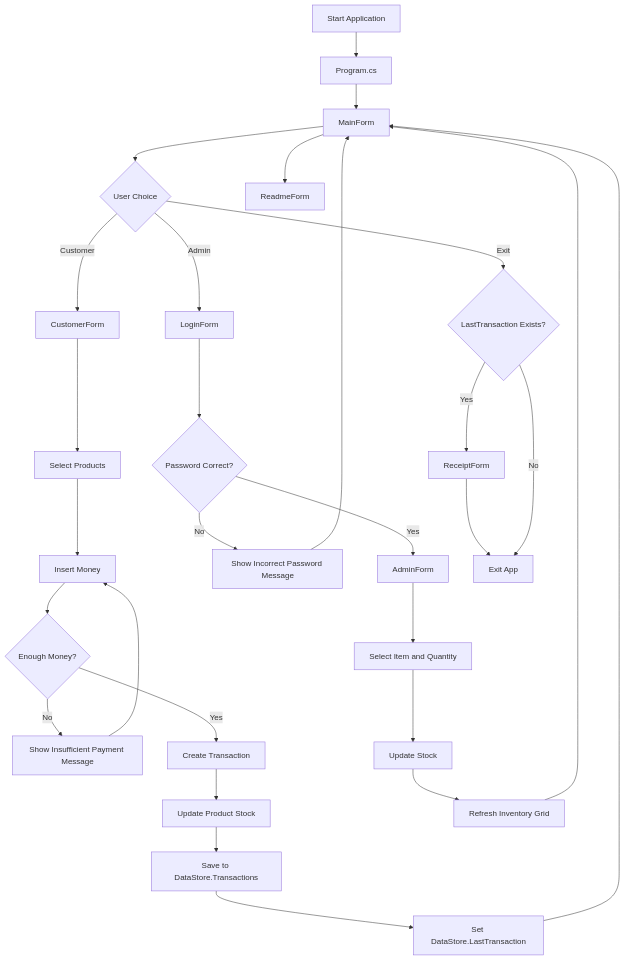
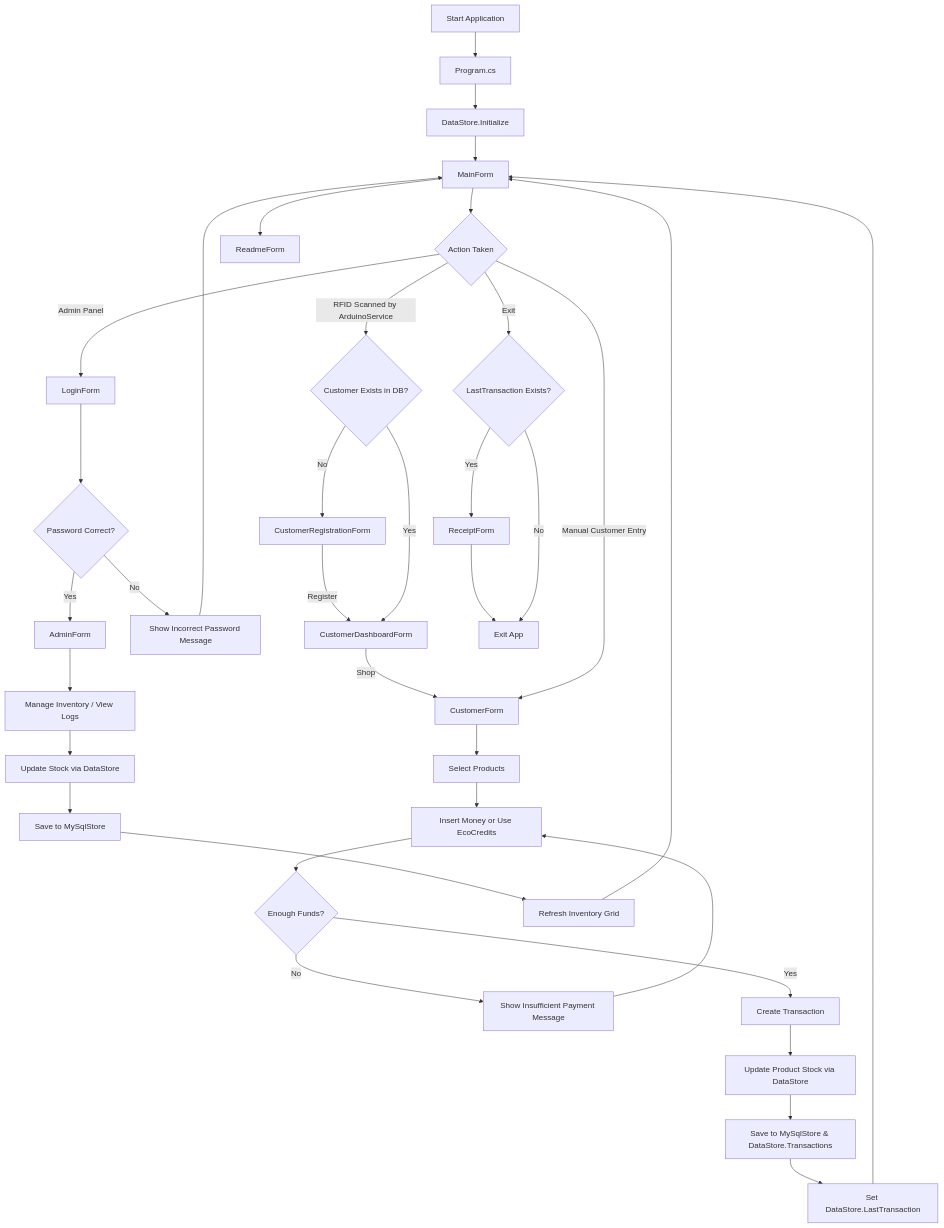
The diagram in doc/diagrams/flowchart.md (SeanixReal/EcoMatic-WinForms), drawn with Mermaid before and after one commit. The commit also changed 8 other files, not shown here.

Commit message:
Add admin item update CRUD and lock slot IDs to 1-12

````diff
--- a/doc/diagrams/flowchart.md
+++ b/doc/diagrams/flowchart.md
@@ -3,36 +3,45 @@
 ```mermaid
 flowchart TD
     A[Start Application] --> B[Program.cs]
-    B --> C[MainForm]
+    B --> C[DataStore.Initialize]
+    C --> D[MainForm]
 
-    C --> D{User Choice}
+    D --> E{Action Taken}
 
-    D -->|Customer| E[CustomerForm]
-    E --> E1[Select Products]
-    E1 --> E2[Insert Money]
-    E2 --> E3{Enough Money?}
-    E3 -->|No| E4[Show Insufficient Payment Message]
-    E4 --> E2
-    E3 -->|Yes| E5[Create Transaction]
-    E5 --> E6[Update Product Stock]
-    E6 --> E7[Save to DataStore.Transactions]
-    E7 --> E8[Set DataStore.LastTransaction]
-    E8 --> C
+    E -->|RFID Scanned by ArduinoService| F{Customer Exists in DB?}
+    F -->|No| G[CustomerRegistrationForm]
+    G -->|Register| H[CustomerDashboardForm]
+    F -->|Yes| H
 
-    D -->|Admin| F[LoginForm]
-    F --> F1{Password Correct?}
-    F1 -->|No| F2[Show Incorrect Password Message]
-    F2 --> C
-    F1 -->|Yes| G[AdminForm]
-    G --> G1[Select Item and Quantity]
-    G1 --> G2[Update Stock]
-    G2 --> G3[Refresh Inventory Grid]
-    G3 --> C
+    H -->|Shop| I[CustomerForm]
+    I --> I1[Select Products]
+    I1 --> I2[Insert Money or Use EcoCredits]
+    I2 --> I3{Enough Funds?}
+    I3 -->|No| I4[Show Insufficient Payment Message]
+    I4 --> I2
+    I3 -->|Yes| I5[Create Transaction]
+    I5 --> I6[Update Product Stock via DataStore]
+    I6 --> I7[Save to MySqlStore & DataStore.Transactions]
+    I7 --> I8[Set DataStore.LastTransaction]
+    I8 --> D
 
-    D -->|Exit| H{LastTransaction Exists?}
-    H -->|Yes| I[ReceiptForm]
-    I --> J[Exit App]
-    H -->|No| J
+    E -->|Manual Customer Entry| I
 
-    C --> K[ReadmeForm]
+    E -->|Admin Panel| J[LoginForm]
+    J --> J1{Password Correct?}
+    J1 -->|No| J2[Show Incorrect Password Message]
+    J2 --> D
+    J1 -->|Yes| K[AdminForm]
+    K --> K1[Manage Inventory / View Logs]
+    K1 --> K2[Update Stock via DataStore]
+    K2 --> K3[Save to MySqlStore]
+    K3 --> K4[Refresh Inventory Grid]
+    K4 --> D
+
+    E -->|Exit| L{LastTransaction Exists?}
+    L -->|Yes| M[ReceiptForm]
+    M --> N[Exit App]
+    L -->|No| N
+
+    D --> O[ReadmeForm]
 ```
````
